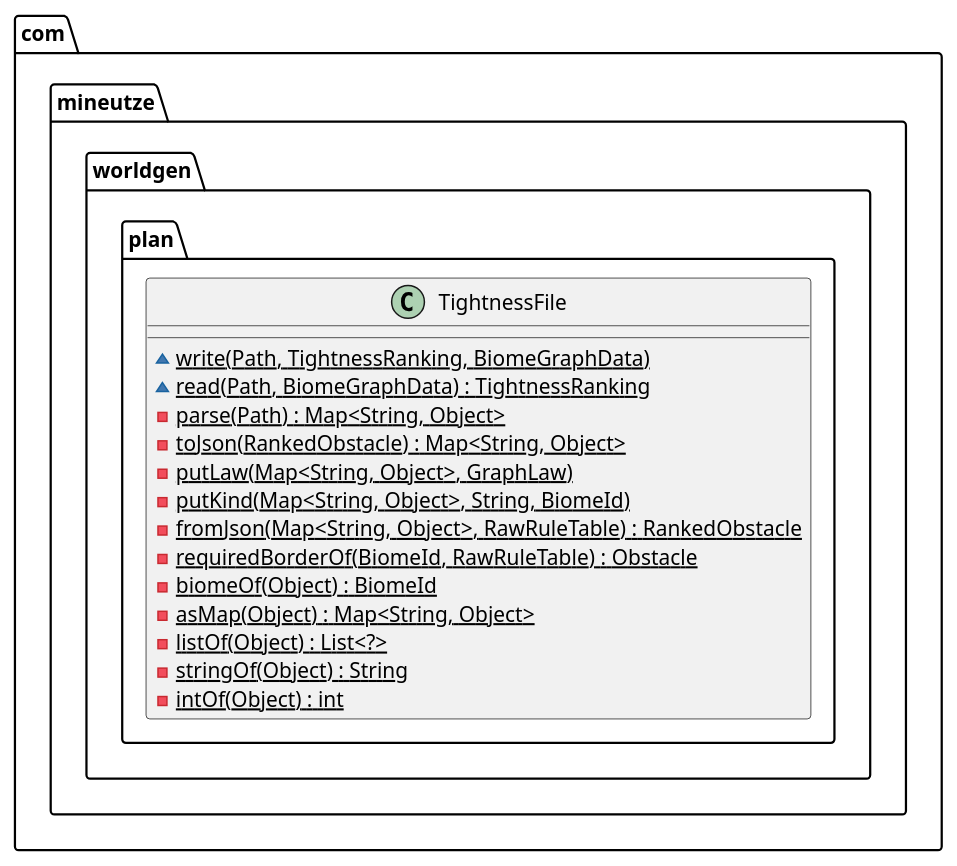
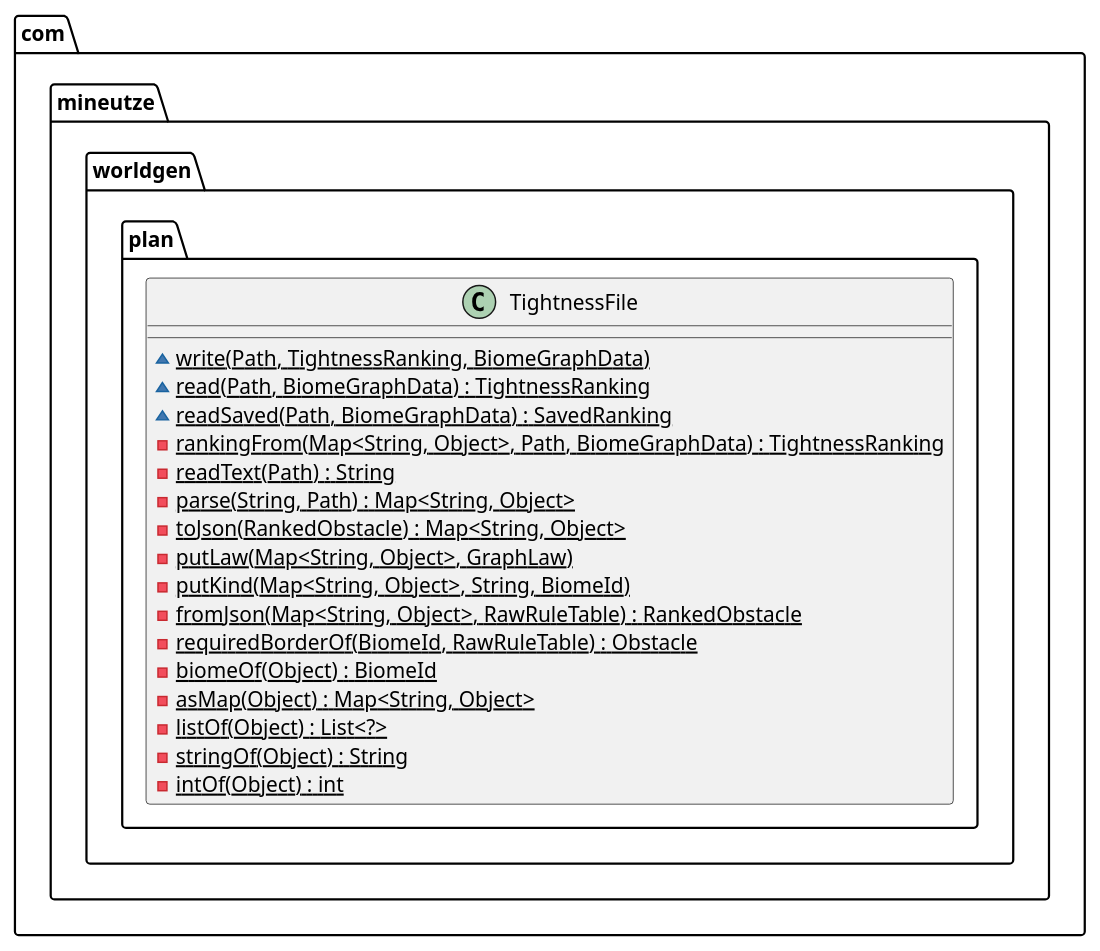
One commit to Boulede987/Mine-Utz changed the diagram in companion-mods/mineutze-worldgen/doc/Modelisation/Fragments/com/mineutze/worldgen/plan/TightnessFile.puml. Above: the diagram before and after it, drawn with PlantUML. The commit also changed 41 other files, not shown here.

Commit message:
docs(worldgen): regenerate class diagrams for Verify picks

```diff
--- a/companion-mods/mineutze-worldgen/doc/Modelisation/Fragments/com/mineutze/worldgen/plan/TightnessFile.puml
+++ b/companion-mods/mineutze-worldgen/doc/Modelisation/Fragments/com/mineutze/worldgen/plan/TightnessFile.puml
@@ -1,17 +1,20 @@
 namespace com.mineutze.worldgen.plan {
 class TightnessFile {
   ~ {static} write(Path, TightnessRanking, BiomeGraphData)
   ~ {static} read(Path, BiomeGraphData) : TightnessRanking
-  - {static} parse(Path) : Map<String, Object>
+  ~ {static} readSaved(Path, BiomeGraphData) : SavedRanking
+  - {static} rankingFrom(Map<String, Object>, Path, BiomeGraphData) : TightnessRanking
+  - {static} readText(Path) : String
+  - {static} parse(String, Path) : Map<String, Object>
   - {static} toJson(RankedObstacle) : Map<String, Object>
   - {static} putLaw(Map<String, Object>, GraphLaw)
   - {static} putKind(Map<String, Object>, String, BiomeId)
   - {static} fromJson(Map<String, Object>, RawRuleTable) : RankedObstacle
   - {static} requiredBorderOf(BiomeId, RawRuleTable) : Obstacle
   - {static} biomeOf(Object) : BiomeId
   - {static} asMap(Object) : Map<String, Object>
   - {static} listOf(Object) : List<?>
   - {static} stringOf(Object) : String
   - {static} intOf(Object) : int
 }
 }
```
